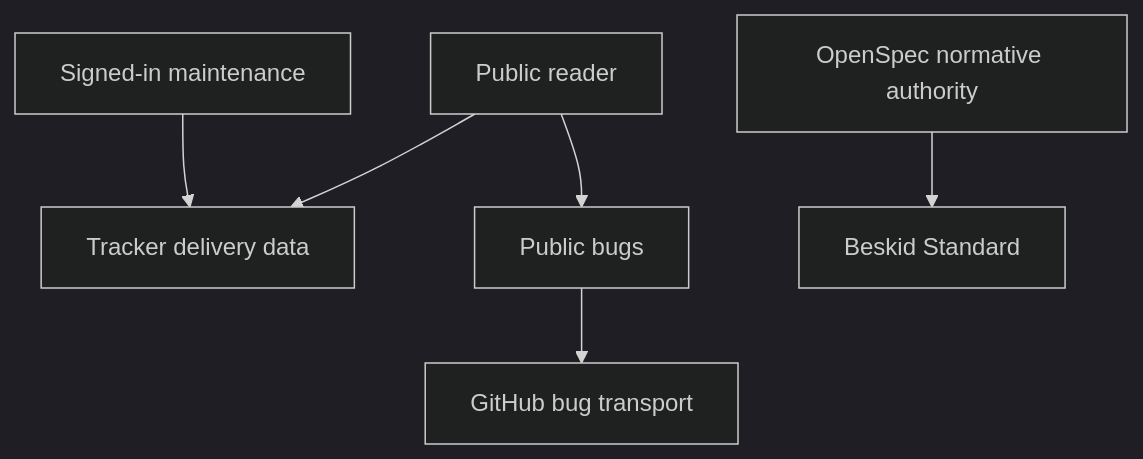
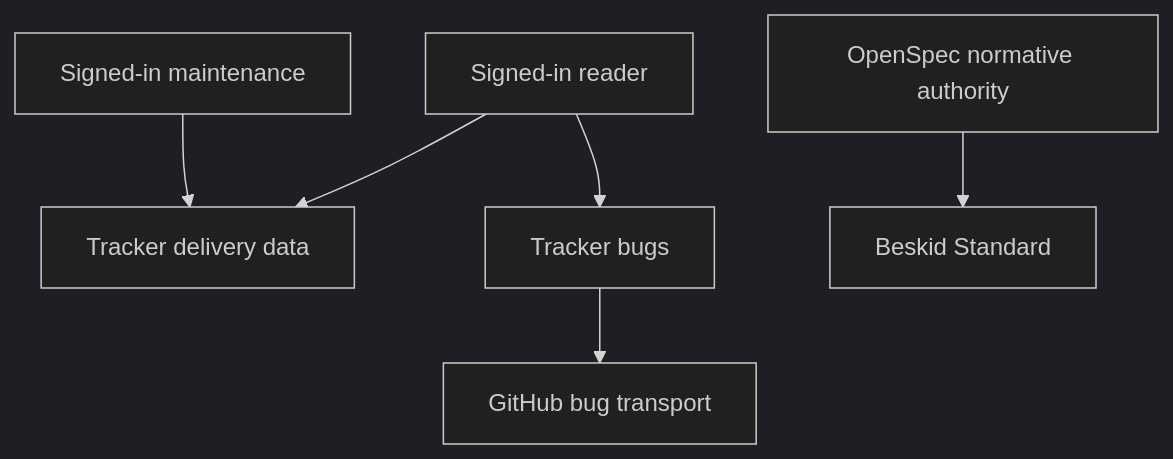
The diagram in site/website/src/content/docs/docs/platform/tracker.md (Cyber-Nomad-Collective/beskid), drawn with Mermaid (dark theme) before and after one commit. The commit also changed other lines of this file and 14 other files, not shown here.

````diff
--- a/site/website/src/content/docs/docs/platform/tracker.md
+++ b/site/website/src/content/docs/docs/platform/tracker.md
@@ -34,10 +35,10 @@
 ```mermaid
 flowchart TD
   accTitle: Tracker delivery and bug authority
-  accDescr: A public reader reads Tracker delivery data and public bugs. OpenSpec defines normative behavior. GitHub transports eligible bug reports. Signed-in maintenance remains separate.
-  R[Public reader] --> T[Tracker delivery data]
-  R --> B[Public bugs]
+  accDescr: A signed-in reader reads Tracker delivery data and bugs. OpenSpec defines normative behavior. GitHub transports eligible bug reports. Maintenance remains separately authorized.
+  R[Signed-in reader] --> T[Tracker delivery data]
+  R --> B[Tracker bugs]
   B --> G[GitHub bug transport]
   O[OpenSpec normative authority] --> S[Beskid Standard]
   M[Signed-in maintenance] --> T
 ```
````
